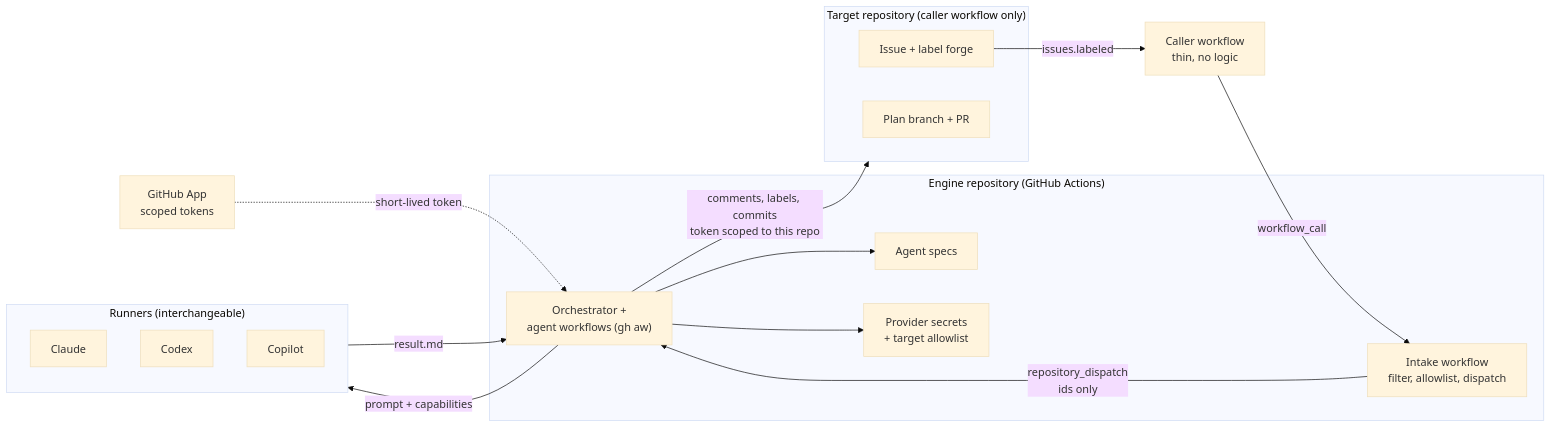
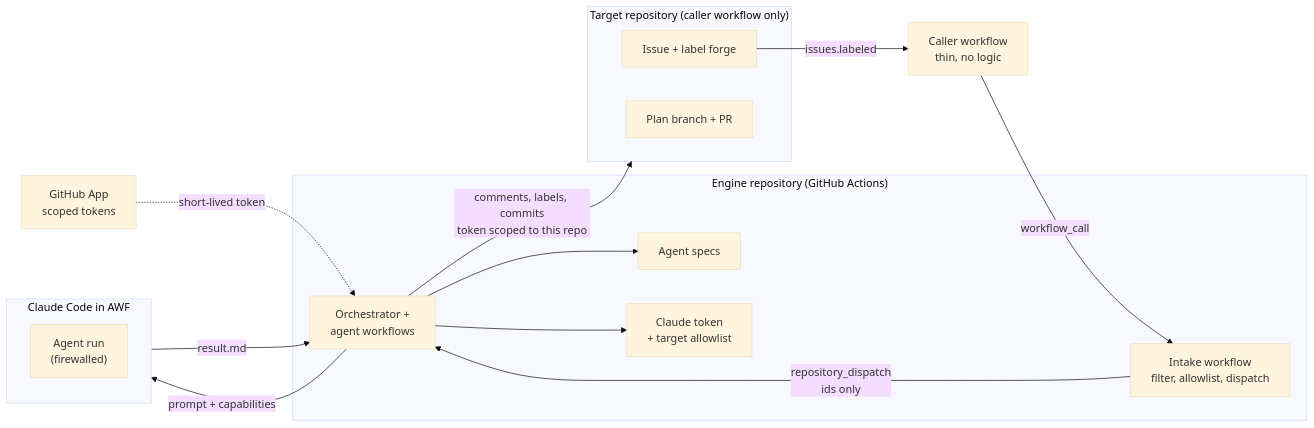
One commit to LuisiitoDev/agentic-forge changed the first of 3 diagrams in README.md. Above: the diagram before and after it, drawn with Mermaid (base theme). The commit also changed other lines of this file and 48 other files, not shown here.

First line of the commit message:
chore: Claude Code is the only engine; remove the gh aw layer, the fallback and the docs of work nobody started

````diff
--- a/README.md
+++ b/README.md
@@ -18,33 +19,31 @@
 ```mermaid
 flowchart LR
     subgraph T["Target repository (caller workflow only)"]
         I["Issue + label forge"]
         PB["Plan branch + PR"]
     end
 
     CALLER["Caller workflow<br/>thin, no logic"]
     APP["GitHub App<br/>scoped tokens"]
 
     subgraph E["Engine repository (GitHub Actions)"]
         INTAKE["Intake workflow<br/>filter, allowlist, dispatch"]
-        WF["Orchestrator +<br/>agent workflows (gh aw)"]
+        WF["Orchestrator +<br/>agent workflows"]
         SPEC["Agent specs"]
-        SEC["Provider secrets<br/>+ target allowlist"]
+        SEC["Claude token<br/>+ target allowlist"]
     end
 
-    subgraph R["Runners (interchangeable)"]
-        C["Claude"]
-        X["Codex"]
-        P["Copilot"]
+    subgraph R["Claude Code in AWF"]
+        C["Agent run<br/>(firewalled)"]
     end
 
     I -- "issues.labeled" --> CALLER
     CALLER -- "workflow_call" --> INTAKE
     INTAKE -- "repository_dispatch<br/>ids only" --> WF
     APP -. "short-lived token" .-> WF
     WF --> SPEC
     WF --> SEC
     WF -- "prompt + capabilities" --> R
     R -- "result.md" --> WF
     WF -- "comments, labels, commits<br/>token scoped to this repo" --> T
 ```
````
